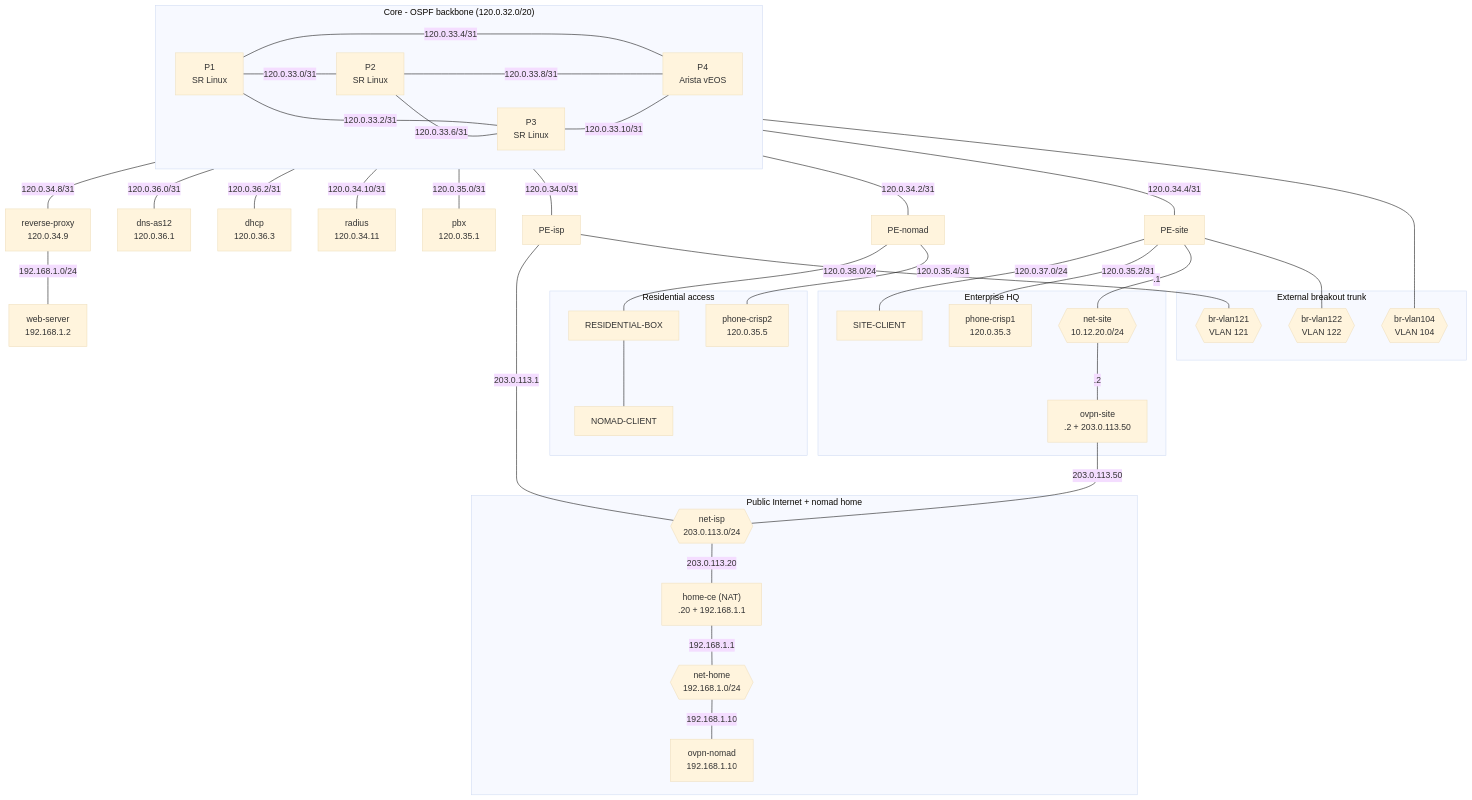
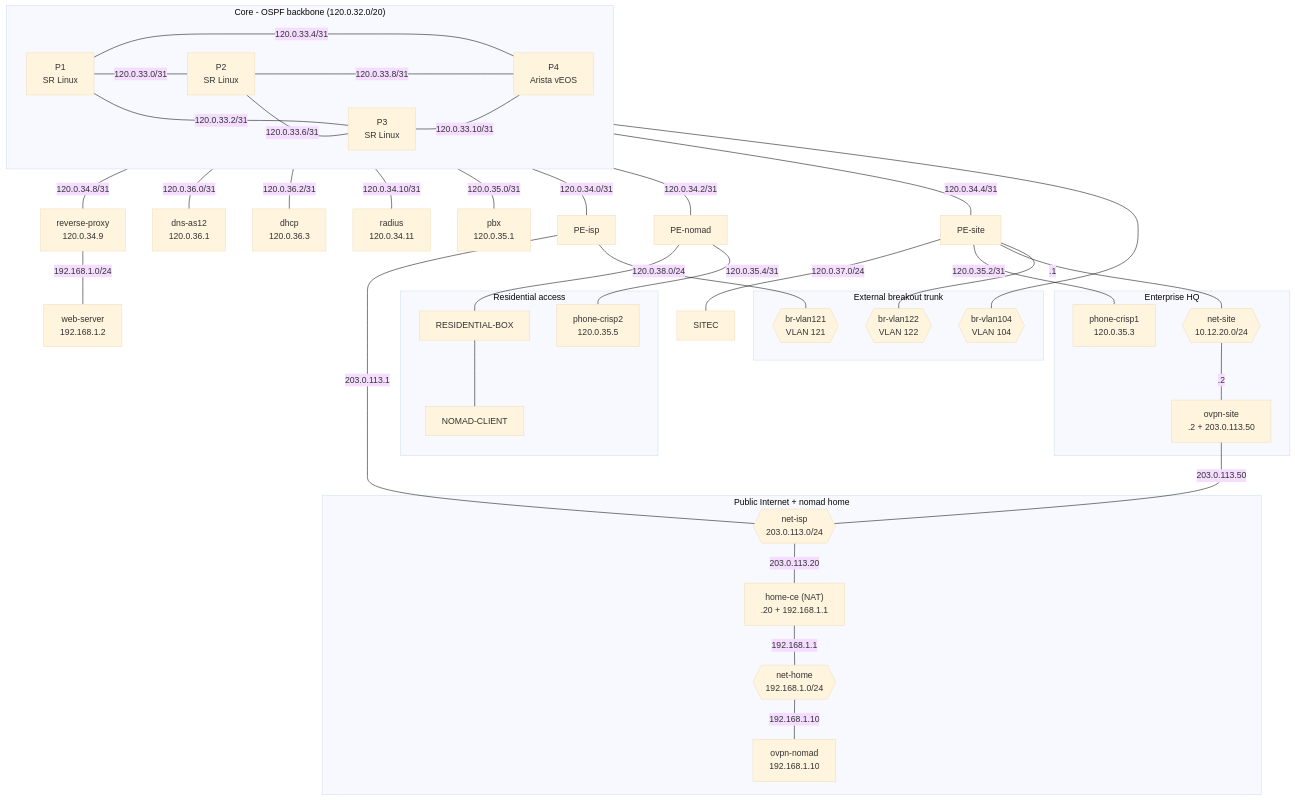
The first of 2 diagrams in README.md (yfgrepcat/CrISP), drawn with Mermaid before and after one commit. The commit also changed other lines of this file and 4 other files, not shown here.

Commit message:
remove SITE-CLIENT from topology and update related documentation

````diff
--- a/README.md
+++ b/README.md
@@ -110,81 +110,80 @@
 ```mermaid
 %%{init: {'theme': 'base', 'themeVariables': {'fontSize': '16px'}}}%%
 flowchart TB
   subgraph CORE["Core - OSPF backbone (120.0.32.0/20)"]
     direction LR
     P1["P1<br/>SR Linux"]
     P2["P2<br/>SR Linux"]
     P3["P3<br/>SR Linux"]
     P4["P4<br/>Arista vEOS"]
     P1 ---|"120.0.33.0/31"| P2
     P1 ---|"120.0.33.2/31"| P3
     P1 ---|"120.0.33.4/31"| P4
     P2 ---|"120.0.33.6/31"| P3
     P2 ---|"120.0.33.8/31"| P4
     P3 ---|"120.0.33.10/31"| P4
   end
 
   %% --- services directly on the core ---
   RP["reverse-proxy<br/>120.0.34.9"]
   WEB["web-server<br/>192.168.1.2"]
   DNS["dns-as12<br/>120.0.36.1"]
   RADIUS["radius<br/>120.0.34.11"]
   DHCP["dhcp<br/>120.0.36.3"]
   PBX["pbx<br/>120.0.35.1"]
   P1 ---|"120.0.34.8/31"| RP
   RP ---|"192.168.1.0/24"| WEB
   P1 ---|"120.0.36.0/31"| DNS
   P1 ---|"120.0.36.2/31"| DHCP
   P2 ---|"120.0.34.10/31"| RADIUS
   P4 ---|"120.0.35.0/31"| PBX
 
   %% --- PE routers ---
   P1 ---|"120.0.34.0/31"| PEisp["PE-isp"]
   P2 ---|"120.0.34.2/31"| PEnomad["PE-nomad"]
   P3 ---|"120.0.34.4/31"| PEsite["PE-site"]
 
   %% --- HQ site (net-site) ---
   subgraph HQ["Enterprise HQ"]
-    SITEC["SITE-CLIENT"]
     PHs["phone-crisp1<br/>120.0.35.3"]
     NETSITE{{"net-site<br/>10.12.20.0/24"}}
     OVPNs["ovpn-site<br/>.2 + 203.0.113.50"]
   end
   PEsite ---|"120.0.37.0/24"| SITEC
   PEsite ---|"120.0.35.2/31"| PHs
   PEsite ---|".1"| NETSITE
   NETSITE ---|".2"| OVPNs
 
   %% --- residential access ---
   subgraph RES["Residential access"]
     RBOX["RESIDENTIAL-BOX"]
     NOMADC["NOMAD-CLIENT"]
     PHn["phone-crisp2<br/>120.0.35.5"]
   end
   PEnomad ---|"120.0.38.0/24"| RBOX
   RBOX --- NOMADC
   PEnomad ---|"120.0.35.4/31"| PHn
 
   %% --- Internet + nomad home ---
   subgraph NET["Public Internet + nomad home"]
     NETISP{{"net-isp<br/>203.0.113.0/24"}}
     HOMECE["home-ce (NAT)<br/>.20 + 192.168.1.1"]
     NETHOME{{"net-home<br/>192.168.1.0/24"}}
     OVPNn["ovpn-nomad<br/>192.168.1.10"]
   end
   PEisp ---|"203.0.113.1"| NETISP
   OVPNs ---|"203.0.113.50"| NETISP
   NETISP ---|"203.0.113.20"| HOMECE
   HOMECE ---|"192.168.1.1"| NETHOME
   NETHOME ---|"192.168.1.10"| OVPNn
 
   %% --- external breakout trunk ---
   subgraph TRUNK["External breakout trunk"]
     BR104{{"br-vlan104<br/>VLAN 104"}}
     BR121{{"br-vlan121<br/>VLAN 121"}}
     BR122{{"br-vlan122<br/>VLAN 122"}}
   end
   P4 --- BR104
   PEisp --- BR121
   PEsite --- BR122
 ```
````
